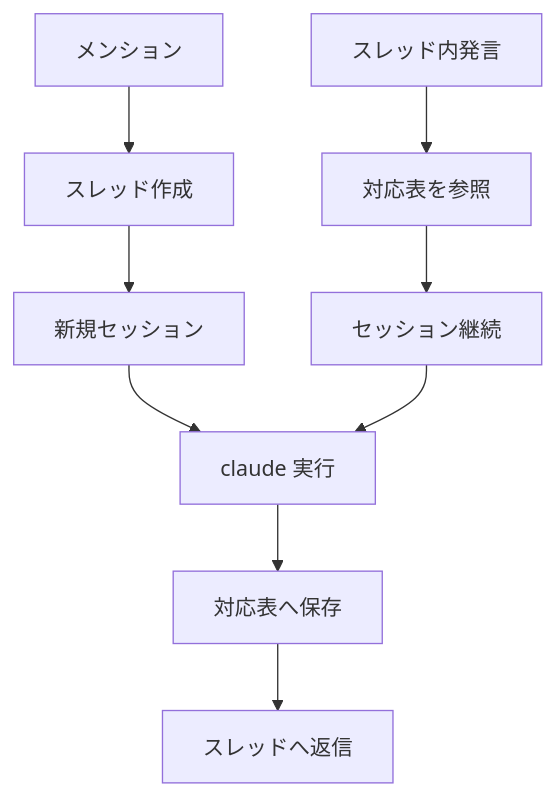
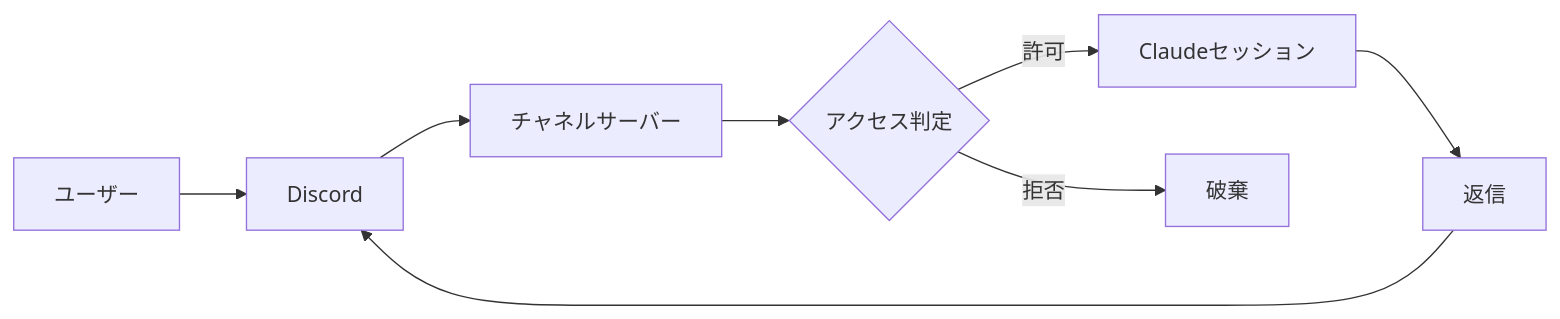
Before and after one commit to yjn279/jarvis: the diagram in README.md, drawn with Mermaid. The commit also changed other lines of this file and 17 other files, not shown here.

````diff
--- a/README.md
+++ b/README.md
@@ -17,11 +11,10 @@
 ```mermaid
-flowchart TD
-  mention[メンション] --> createThread[スレッド作成]
-  createThread --> newSession[新規セッション]
-  threadMsg[スレッド内発言] --> lookup[対応表を参照]
-  lookup --> resume[セッション継続]
-  newSession --> claude[claude 実行]
-  resume --> claude
-  claude --> store[対応表へ保存]
-  store --> reply[スレッドへ返信]
+flowchart LR
+  user[ユーザー] --> discord[Discord]
+  discord --> server[チャネルサーバー]
+  server --> gate{アクセス判定}
+  gate -->|許可| claude[Claudeセッション]
+  gate -->|拒否| drop[破棄]
+  claude --> reply[返信]
+  reply --> discord
 ```
````
